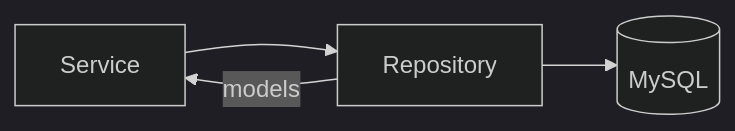
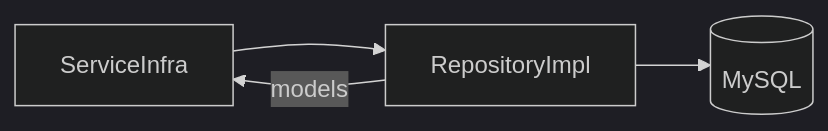
The third of 3 diagrams in webapp/rust/README.md (walf443/isucon11-final), drawn with Mermaid (dark theme) before and after one commit. The commit also changed other lines of this file, not shown here.

````diff
--- a/webapp/rust/README.md
+++ b/webapp/rust/README.md
@@ -44,7 +42,7 @@
 ```mermaid
 
 flowchart LR
-  Service --> Repository
-  Repository --> DB[(MySQL)]
-  Repository -- models --> Service
+  ServiceInfra --> RepositoryImpl
+  RepositoryImpl --> DB[(MySQL)]
+  RepositoryImpl -- models --> ServiceInfra
 ```
````
